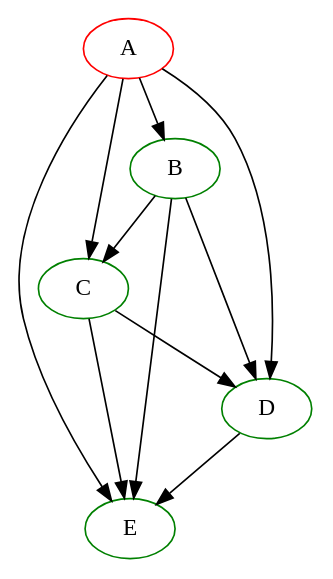
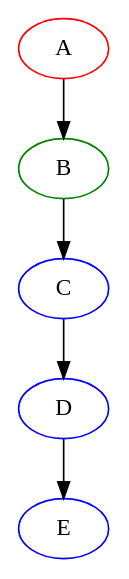
Before and after one commit to basaile92/Graphes_ARO: the diagram in TP2/img/visu1.ps.dot, drawn with Graphviz. The commit also changed 26 other files, not shown here.

```diff
--- a/TP2/img/visu1.ps.dot
+++ b/TP2/img/visu1.ps.dot
@@ -1,17 +1,11 @@
 digraph {
 A [color=red]
 B [color=green]
-C [color=green]
-D [color=green]
-E [color=green]
+C [color=blue]
+D [color=blue]
+E [color=blue]
  A -> B
- A -> C
- A -> D
- A -> E
  B -> C
- B -> D
- B -> E
  C -> D
- C -> E
  D -> E
 }
```
